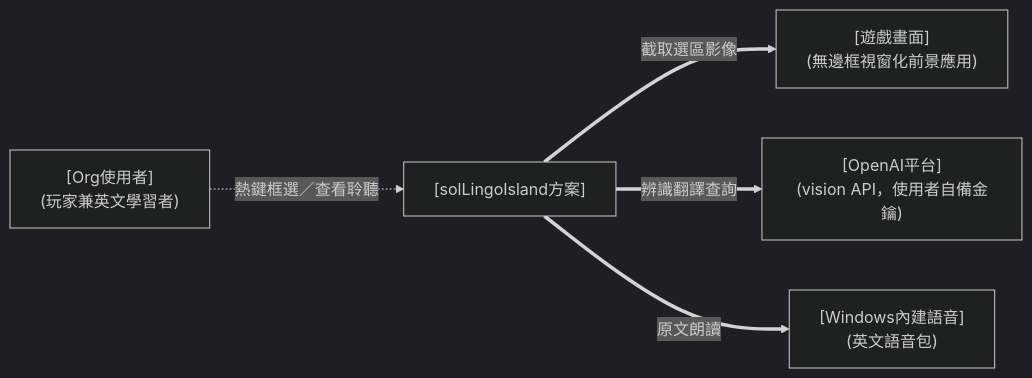
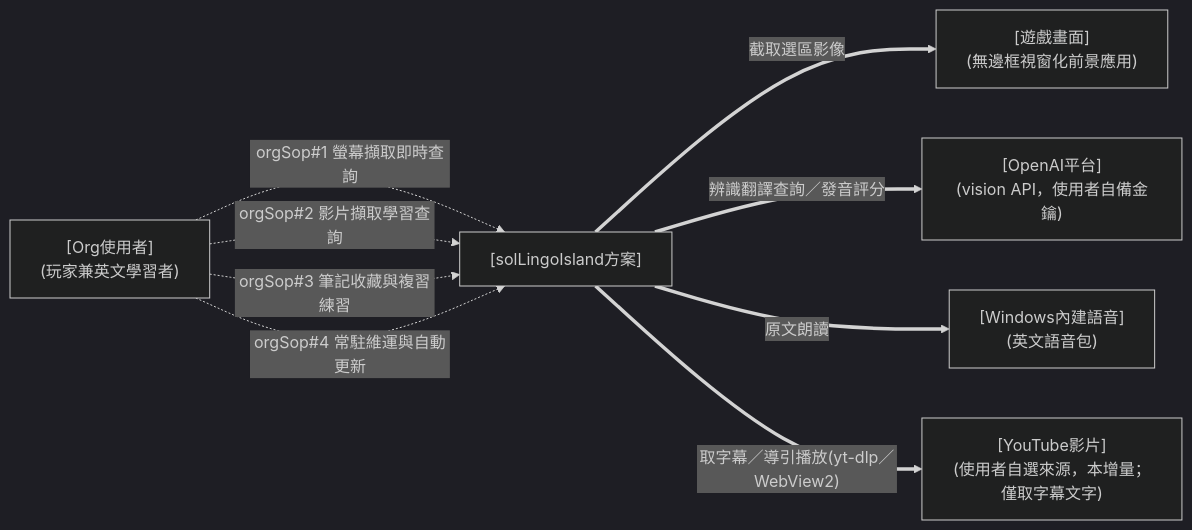
One commit to twStellerWhale-Ocean2/solLingoIsland changed the first of 6 diagrams in docs/design.md. Above: the diagram before and after it, drawn with Mermaid (dark theme). The commit also changed other lines of this file and 22 other files, not shown here.

````diff
--- a/docs/design.md
+++ b/docs/design.md
@@ -30,14 +31,19 @@
 ```mermaid
 flowchart LR
 
 USR["[Org使用者]<br/>(玩家兼英文學習者)"]
 GAME["[遊戲畫面]<br/>(無邊框視窗化前景應用)"]
 SOL["[solLingoIsland方案]"]
 OPENAI["[OpenAI平台]<br/>(vision API，使用者自備金鑰)"]
 SPEECH["[Windows內建語音]<br/>(英文語音包)"]
+YT["[YouTube影片]<br/>(使用者自選來源，本增量；僅取字幕文字)"]
 
-USR -.->|"熱鍵框選／查看聆聽"| SOL
+USR -.->|"orgSop#1 螢幕擷取即時查詢"| SOL
+USR -.->|"orgSop#2 影片擷取學習查詢"| SOL
+USR -.->|"orgSop#3 筆記收藏與複習練習"| SOL
+USR -.->|"orgSop#4 常駐維運與自動更新"| SOL
 SOL ==>|"截取選區影像"| GAME
-SOL ==>|"辨識翻譯查詢"| OPENAI
+SOL ==>|"辨識翻譯查詢／發音評分"| OPENAI
 SOL ==>|"原文朗讀"| SPEECH
+SOL ==>|"取字幕／導引播放(yt-dlp／WebView2)"| YT
 ```
````
